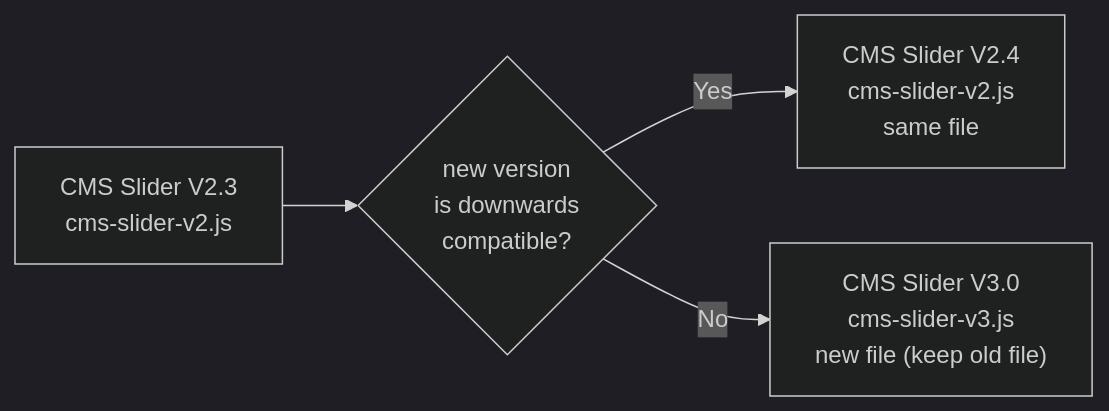
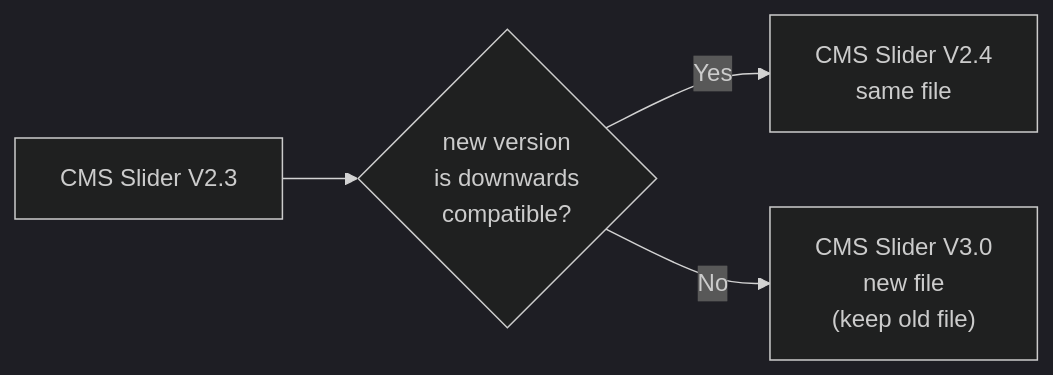
One commit to WeAreMomentum/library changed the diagram in README.md. Above: the diagram before and after it, drawn with Mermaid (dark theme).

Commit message:
flowchart in readme

````diff
--- a/README.md
+++ b/README.md
@@ -24,18 +24,16 @@
 ```mermaid
 flowchart LR
-    v23["CMS Slider V2.3
-    cms-slider-v2.js"]
+    v23["CMS Slider V2.3"]
     cond{"new version
     is downwards
     compatible?"}
     v24["CMS Slider V2.4
-    cms-slider-v2.js
     same file"]
     v30["CMS Slider V3.0
-    cms-slider-v3.js
-    new file (keep old file)"]
+    new file
+    (keep old file)"]
 
     v23 --> cond
     cond -->|Yes| v24
     cond -->|No| v30
 ```
````
